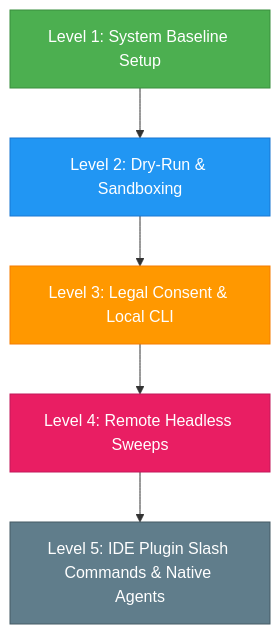
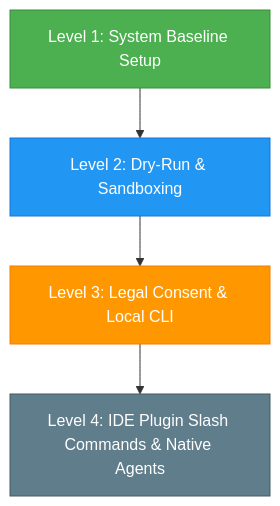
One commit to anjiera/repo-wizard changed the diagram in tests/manual/master-test-plan.md. Above: the diagram before and after it, drawn with Mermaid. The commit also changed other lines of this file and 1 other file, not shown here.

Commit message:
test(evals): align evaluation suite and test plans with headless mode

````diff
--- a/tests/manual/master-test-plan.md
+++ b/tests/manual/master-test-plan.md
@@ -13,13 +13,11 @@
 ```mermaid
 graph TD
     L1[Level 1: System Baseline Setup] --> L2[Level 2: Dry-Run & Sandboxing]
     L2 --> L3[Level 3: Legal Consent & Local CLI]
-    L3 --> L4[Level 4: Remote Headless Sweeps]
-    L4 --> L5[Level 5: IDE Plugin Slash Commands & Native Agents]
+    L3 --> L4[Level 4: IDE Plugin Slash Commands & Native Agents]
     
     style L1 fill:#4CAF50,stroke:#388E3C,color:#fff
     style L2 fill:#2196F3,stroke:#1976D2,color:#fff
     style L3 fill:#FF9800,stroke:#F57C00,color:#fff
-    style L4 fill:#E91E63,stroke:#C2185B,color:#fff
-    style L5 fill:#607D8B,stroke:#455A64,color:#fff
+    style L4 fill:#607D8B,stroke:#455A64,color:#fff
 ```
````
